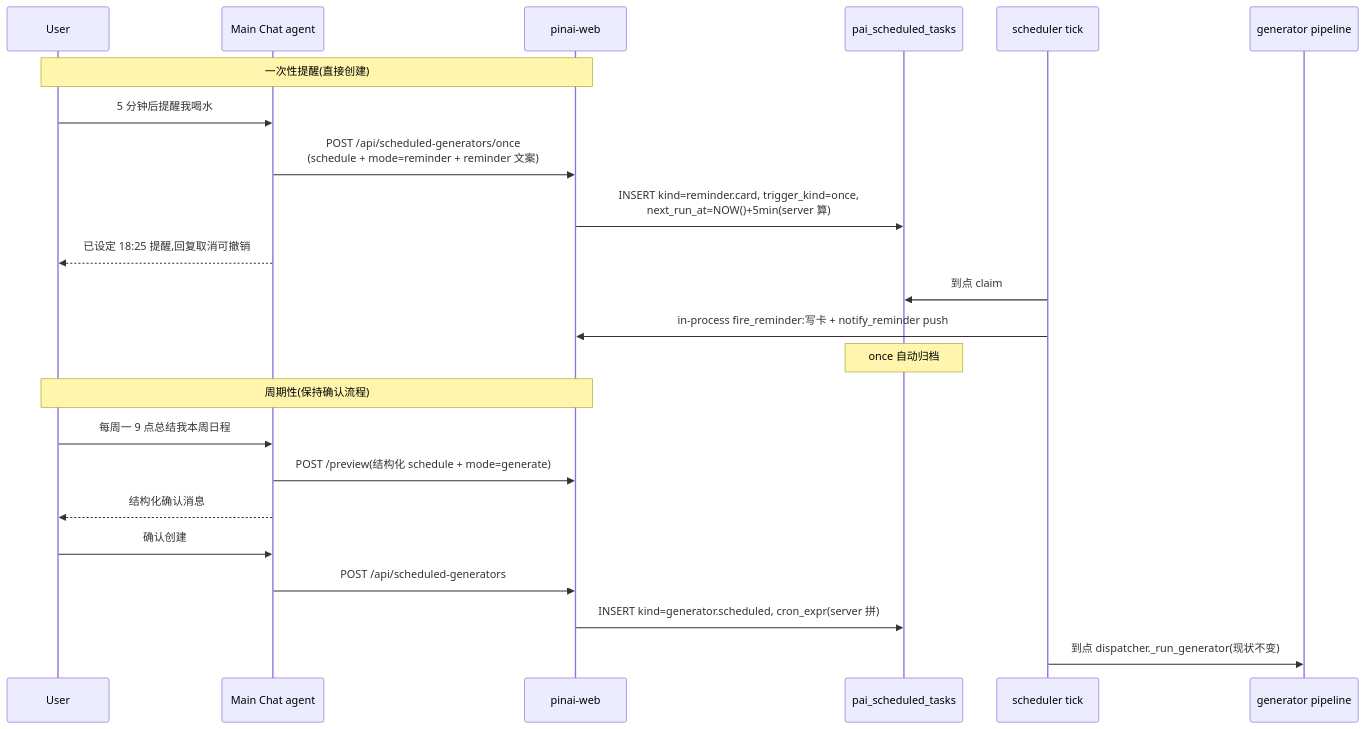
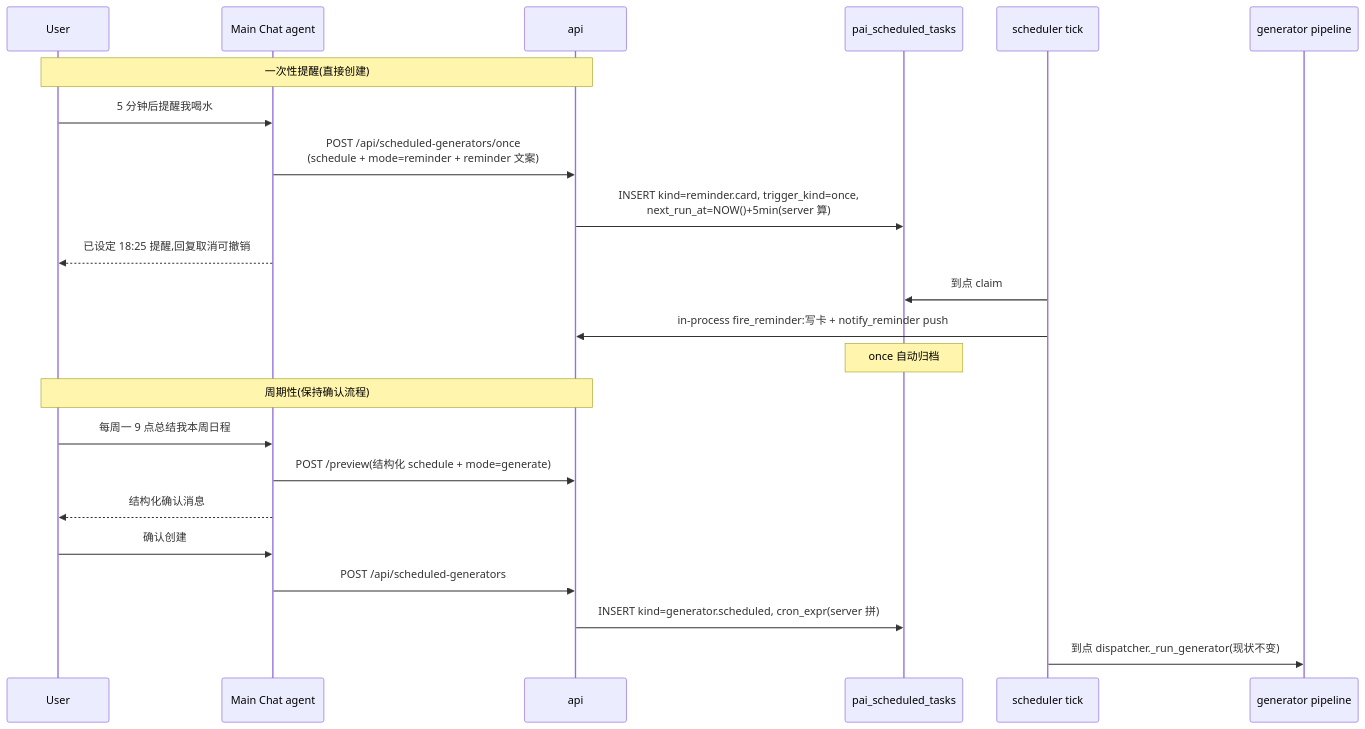
The diagram in docs/plans/2026-06-09-scheduled-tasks-once-interval-reminder.mdx (Edge-AI-HQ/proactive-assistant), drawn with Mermaid before and after one commit. The commit also changed 978 other files, not shown here.

````diff
--- a/docs/plans/2026-06-09-scheduled-tasks-once-interval-reminder.mdx
+++ b/docs/plans/2026-06-09-scheduled-tasks-once-interval-reminder.mdx
@@ -53,27 +53,27 @@
 ```mermaid
 sequenceDiagram
   participant User as User
   participant Chat as Main Chat agent
-  participant Web as pinai-web
+  participant Web as api
   participant DB as pai_scheduled_tasks
   participant Sched as scheduler tick
   participant Gen as generator pipeline
 
   Note over User,Web: 一次性提醒(直接创建)
   User->>Chat: 5 分钟后提醒我喝水
   Chat->>Web: POST /api/scheduled-generators/once<br/>(schedule + mode=reminder + reminder 文案)
   Web->>DB: INSERT kind=reminder.card, trigger_kind=once,<br/>next_run_at=NOW()+5min(server 算)
   Chat-->>User: 已设定 18:25 提醒,回复取消可撤销
   Sched->>DB: 到点 claim
   Sched->>Web: in-process fire_reminder:写卡 + notify_reminder push
   Note over DB: once 自动归档
 
   Note over User,Web: 周期性(保持确认流程)
   User->>Chat: 每周一 9 点总结我本周日程
   Chat->>Web: POST /preview(结构化 schedule + mode=generate)
   Chat-->>User: 结构化确认消息
   User->>Chat: 确认创建
   Chat->>Web: POST /api/scheduled-generators
   Web->>DB: INSERT kind=generator.scheduled, cron_expr(server 拼)
   Sched->>Gen: 到点 dispatcher._run_generator(现状不变)
 ```
````
